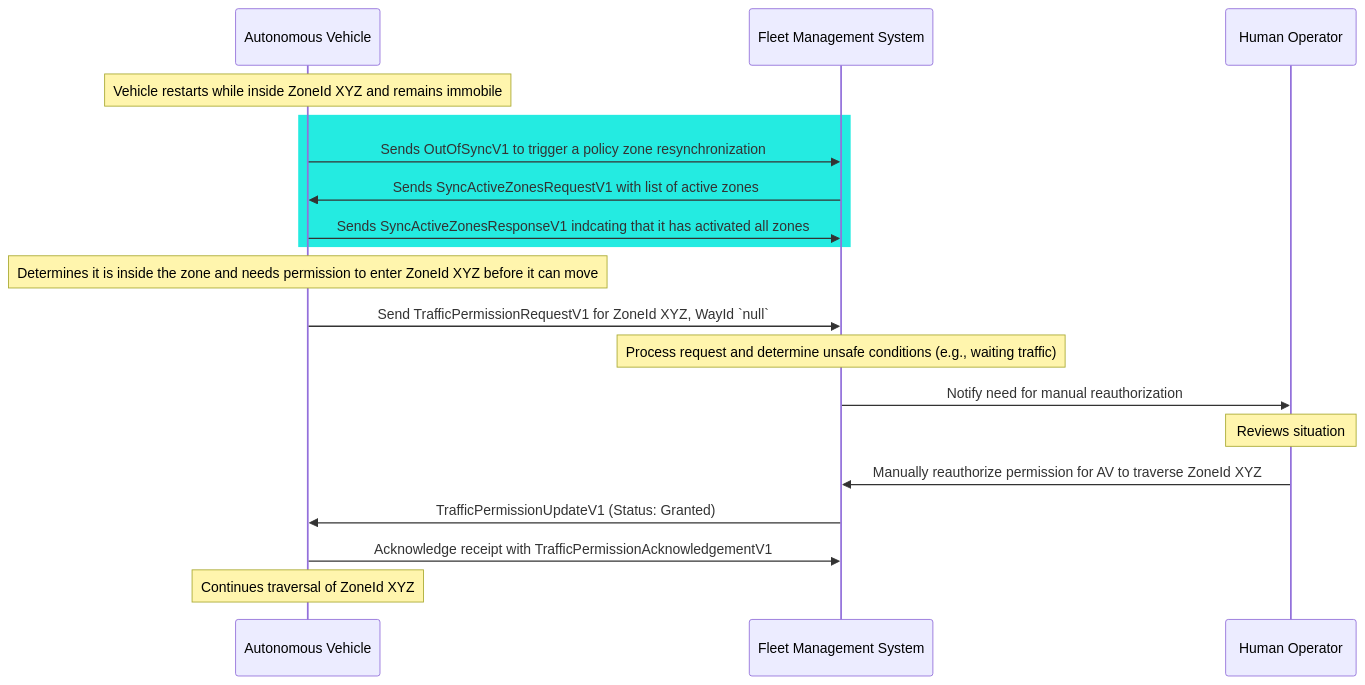
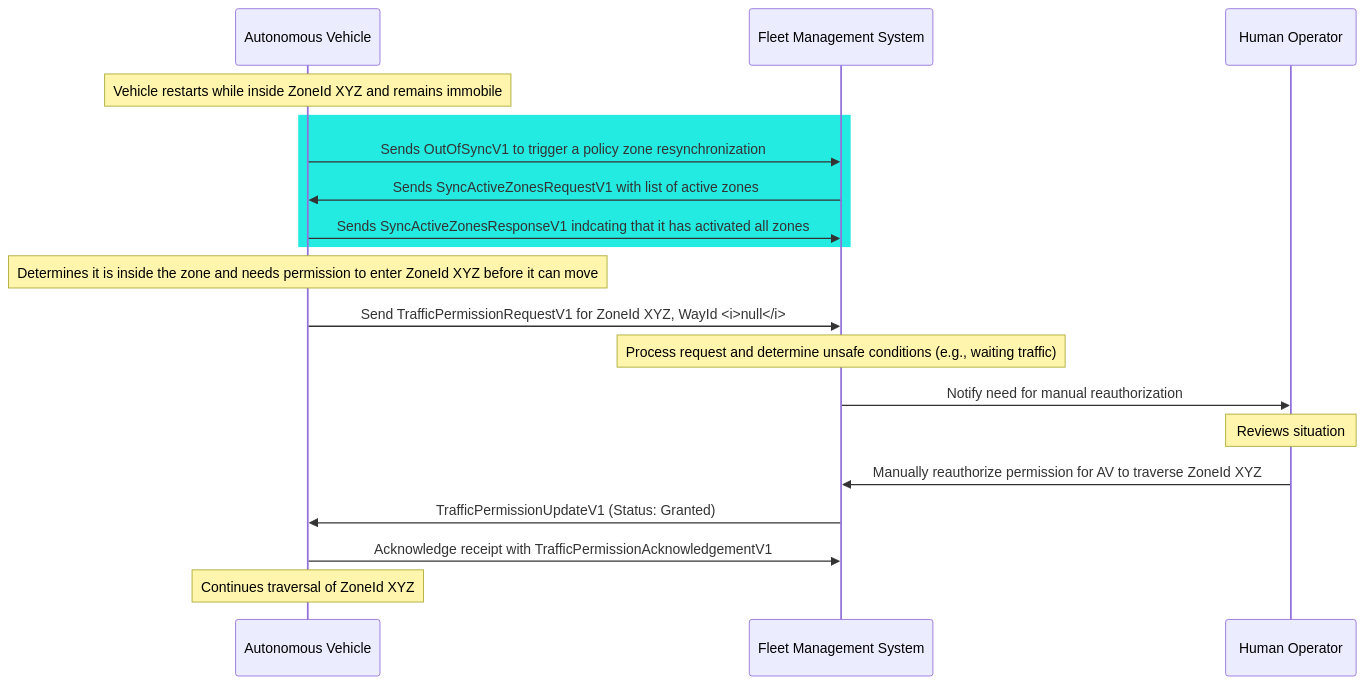
Before and after one commit to open-autonomy/traffic-management: the sixth of 6 diagrams in diagram/RequestingPermission.md, drawn with Mermaid.

````diff
--- a/diagram/RequestingPermission.md
+++ b/diagram/RequestingPermission.md
@@ -117,21 +117,21 @@
 ```mermaid
 sequenceDiagram
 	participant AV as Autonomous Vehicle
 	participant FMS as Fleet Management System
 	participant Human as Human Operator
 	Note over AV: Vehicle restarts while inside ZoneId XYZ and remains immobile
 	rect rgba(36, 235, 225, 1)
 		AV->>FMS: Sends OutOfSyncV1 to trigger a policy zone resynchronization
 		FMS->>AV: Sends SyncActiveZonesRequestV1 with list of active zones
 		AV->>FMS: Sends SyncActiveZonesResponseV1 indcating that it has activated all zones
 	end
 	Note over AV: Determines it is inside the zone and needs permission to enter ZoneId XYZ before it can move
-	AV->>FMS: Send TrafficPermissionRequestV1 for ZoneId XYZ, WayId `null`
+	AV->>FMS: Send TrafficPermissionRequestV1 for ZoneId XYZ, WayId <i>null</i>
 	Note over FMS: Process request and determine unsafe conditions (e.g., waiting traffic)
 	FMS->>Human: Notify need for manual reauthorization
 	Note over Human: Reviews situation
 	Human->>FMS: Manually reauthorize permission for AV to traverse ZoneId XYZ
 	FMS->>AV: TrafficPermissionUpdateV1 (Status: Granted)
 	AV->>FMS: Acknowledge receipt with TrafficPermissionAcknowledgementV1
 	Note over AV: Continues traversal of ZoneId XYZ
 ```
````
